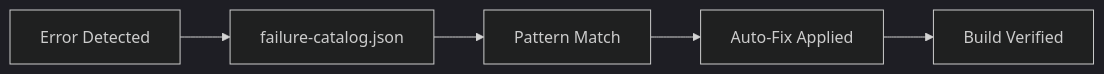
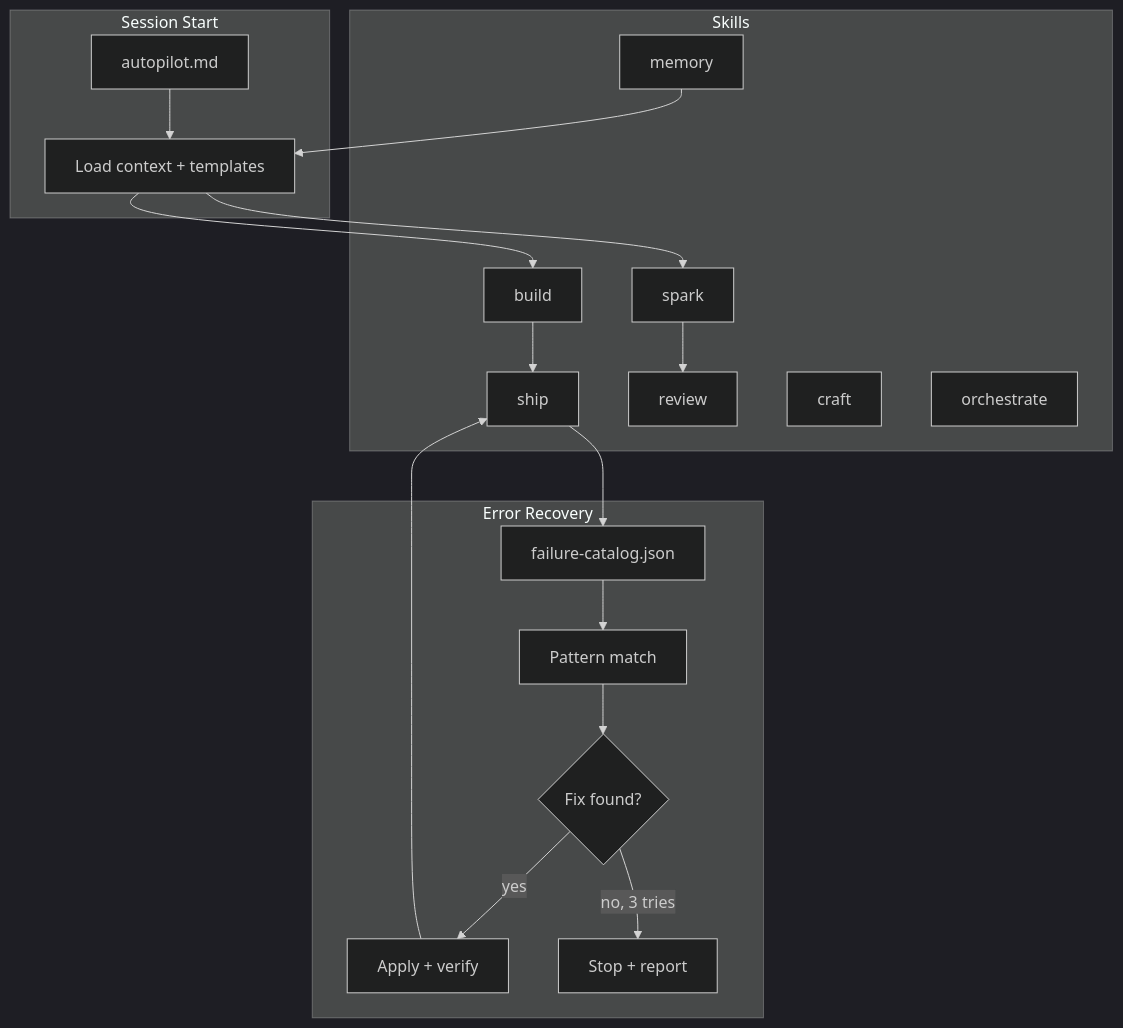
One commit to seunghunbae-3svs/solo-cto-agent changed the diagram in README.md. Above: the diagram before and after it, drawn with Mermaid (dark theme). The commit also changed 25 other files, not shown here.

````diff
--- a/README.md
+++ b/README.md
@@ -128,7 +128,27 @@
 ```mermaid
-graph LR
-  A[Error Detected] --> B[failure-catalog.json]
-  B --> C[Pattern Match]
-  C --> D[Auto-Fix Applied]
-  D --> E[Build Verified]
+graph TD
+  subgraph "Session Start"
+    A[autopilot.md] --> B[Load context + templates]
+  end
+
+  subgraph "Skills"
+    C[build] --> D[ship]
+    E[spark] --> F[review]
+    G[craft]
+    H[memory]
+    I[orchestrate]
+  end
+
+  subgraph "Error Recovery"
+    J[failure-catalog.json] --> K[Pattern match]
+    K --> L{Fix found?}
+    L -->|yes| M[Apply + verify]
+    L -->|no, 3 tries| N[Stop + report]
+  end
+
+  B --> C
+  B --> E
+  D --> J
+  M --> D
+  H --> B
 ```
````
